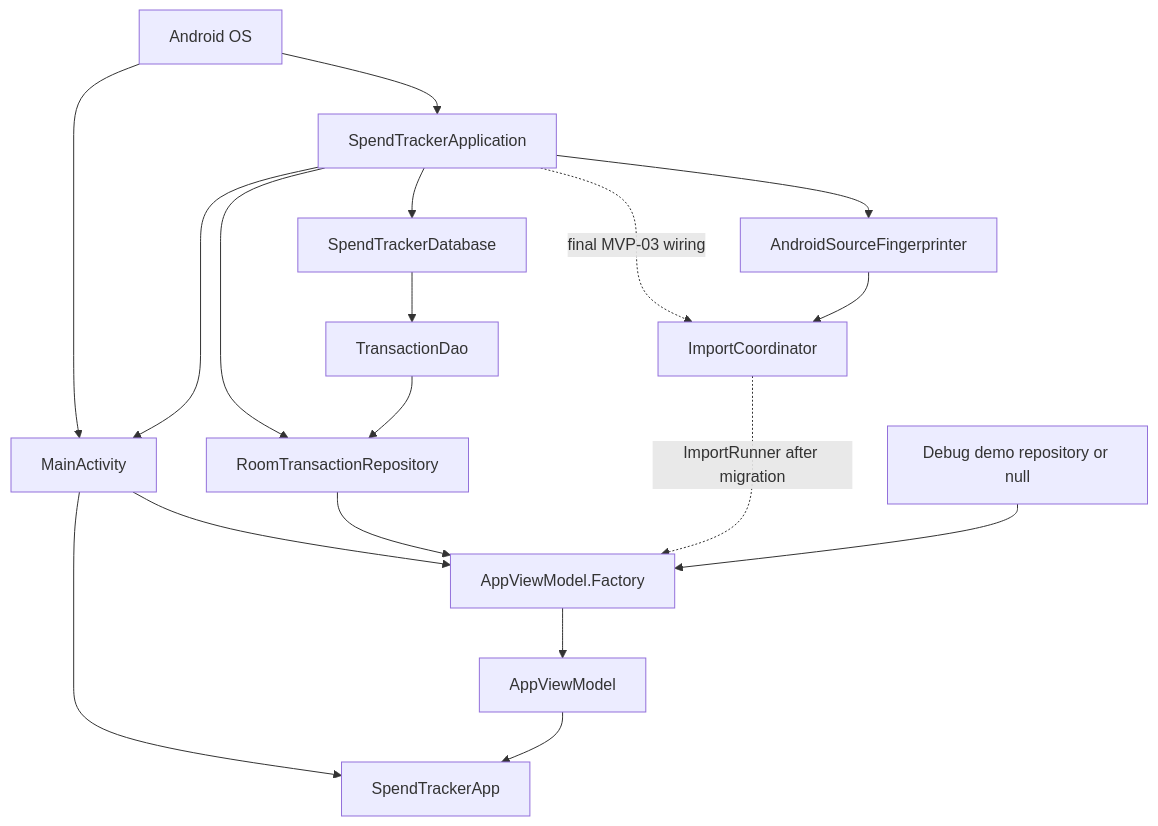
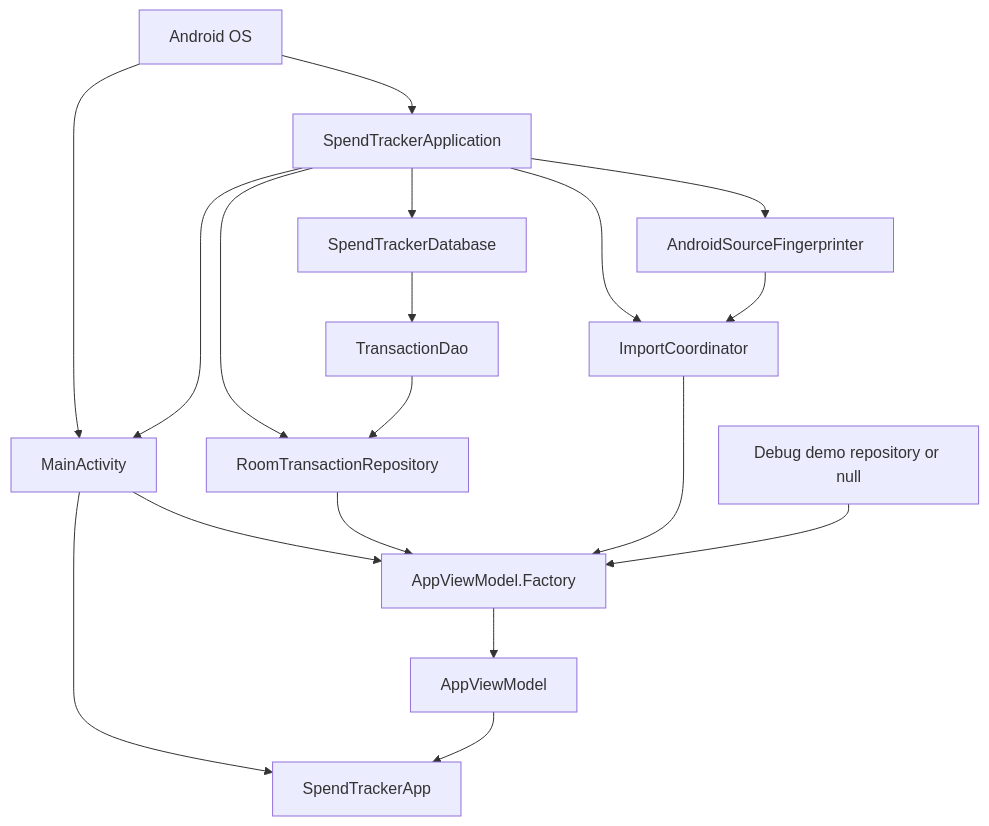
One commit to akash6619/spendtracker changed the second of 6 diagrams in docs/LOW_LEVEL_DESIGN.md. Above: the diagram before and after it, drawn with Mermaid. The commit also changed other lines of this file and 38 other files, not shown here.

````diff
--- a/docs/LOW_LEVEL_DESIGN.md
+++ b/docs/LOW_LEVEL_DESIGN.md
@@ -97,21 +96,21 @@
 ```mermaid
 flowchart TD
     OS[Android OS] --> App[SpendTrackerApplication]
     App --> DB[SpendTrackerDatabase]
     DB --> DAO[TransactionDao]
     App --> Repo[RoomTransactionRepository]
     DAO --> Repo
     App --> FP[AndroidSourceFingerprinter]
-    App -. final MVP-03 wiring .-> Coordinator[ImportCoordinator]
+    App --> Coordinator[ImportCoordinator]
     FP --> Coordinator
 
     OS --> Activity[MainActivity]
     App --> Activity
     Activity --> Factory[AppViewModel.Factory]
     Repo --> Factory
-    Coordinator -. ImportRunner after migration .-> Factory
+    Coordinator --> Factory
     DebugRepo[Debug demo repository or null] --> Factory
     Factory --> VM[AppViewModel]
     Activity --> Compose[SpendTrackerApp]
     VM --> Compose
 ```
````
